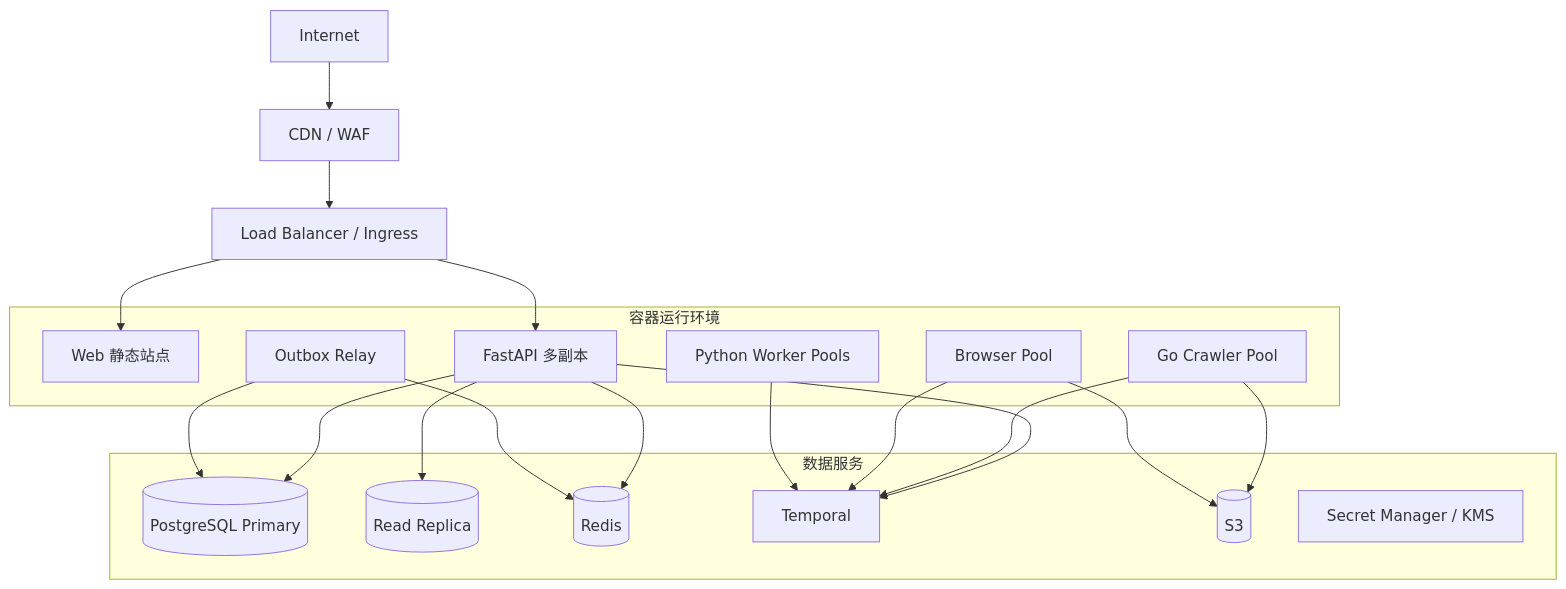
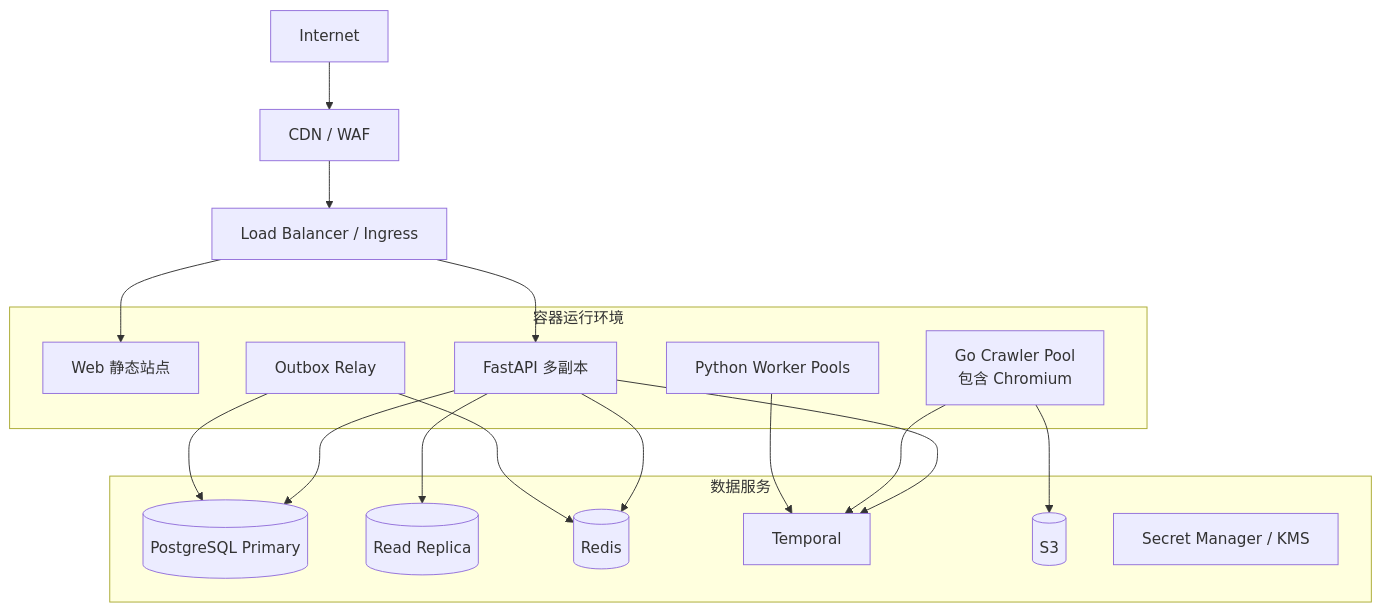
One commit to tianyulong23-dotcom/growthos-seo changed the third of 3 diagrams in docs/SEO自动化平台-生产级技术架构文档-V1.0.md. Above: the diagram before and after it, drawn with Mermaid. The commit also changed other lines of this file and 142 other files, not shown here.

````diff
--- a/docs/SEO自动化平台-生产级技术架构文档-V1.0.md
+++ b/docs/SEO自动化平台-生产级技术架构文档-V1.0.md
@@ -589,37 +585,34 @@
 ```mermaid
 flowchart TB
     Internet["Internet"] --> CDN["CDN / WAF"]
     CDN --> Ingress["Load Balancer / Ingress"]
 
     subgraph Compute["容器运行环境"]
         Web["Web 静态站点"]
         API["FastAPI 多副本"]
-        Go["Go Crawler Pool"]
-        Browser["Browser Pool"]
+        Go["Go Crawler Pool<br/>包含 Chromium"]
         Python["Python Worker Pools"]
         Relay["Outbox Relay"]
     end
 
     subgraph Data["数据服务"]
         PGPrimary[("PostgreSQL Primary")]
         PGReplica[("Read Replica")]
         RedisHA[("Redis")]
         TemporalHA["Temporal"]
         S3[("S3")]
         Secrets["Secret Manager / KMS"]
     end
 
     Ingress --> Web
     Ingress --> API
     API --> PGPrimary
     API --> PGReplica
     API --> RedisHA
     API --> TemporalHA
     Go --> TemporalHA
-    Browser --> TemporalHA
     Python --> TemporalHA
     Go --> S3
-    Browser --> S3
     Relay --> PGPrimary
     Relay --> RedisHA
 ```
````
